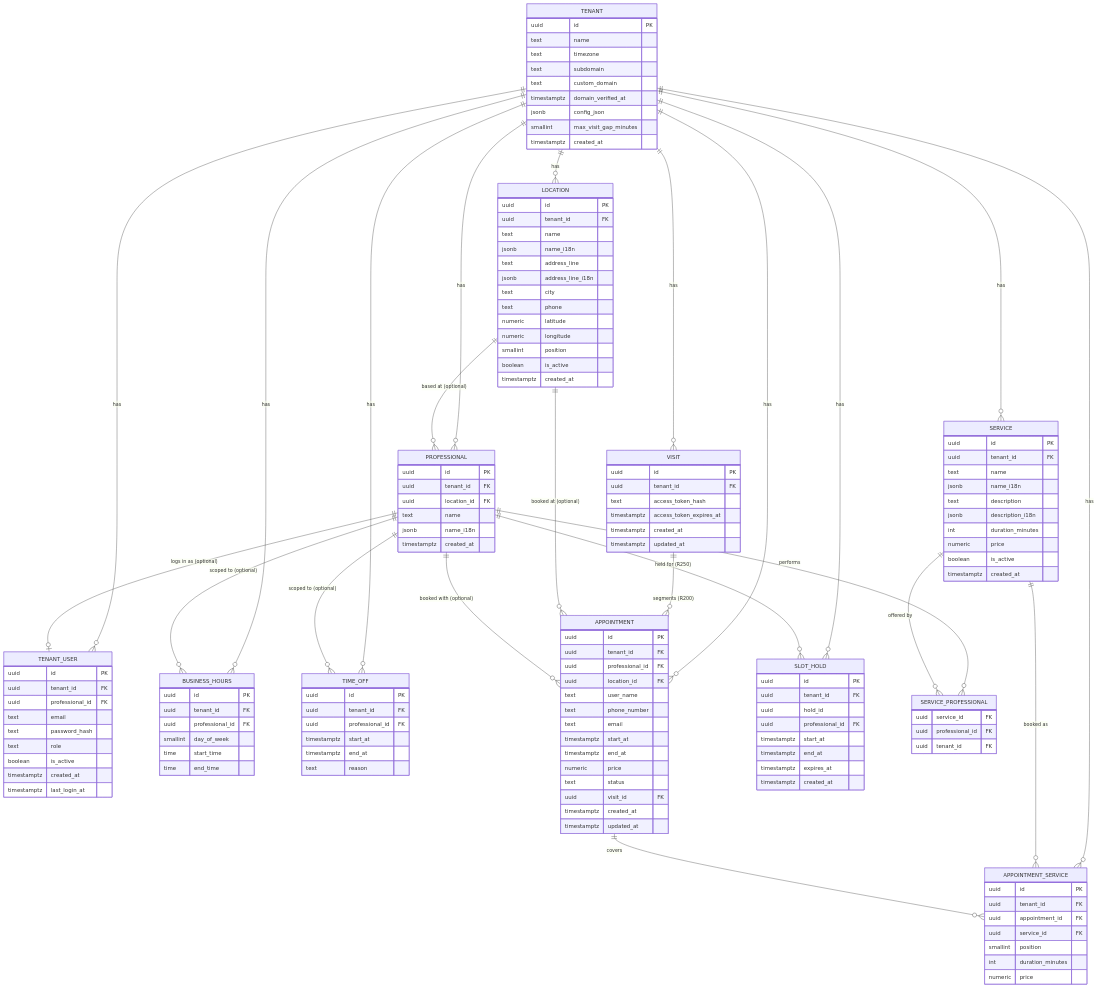
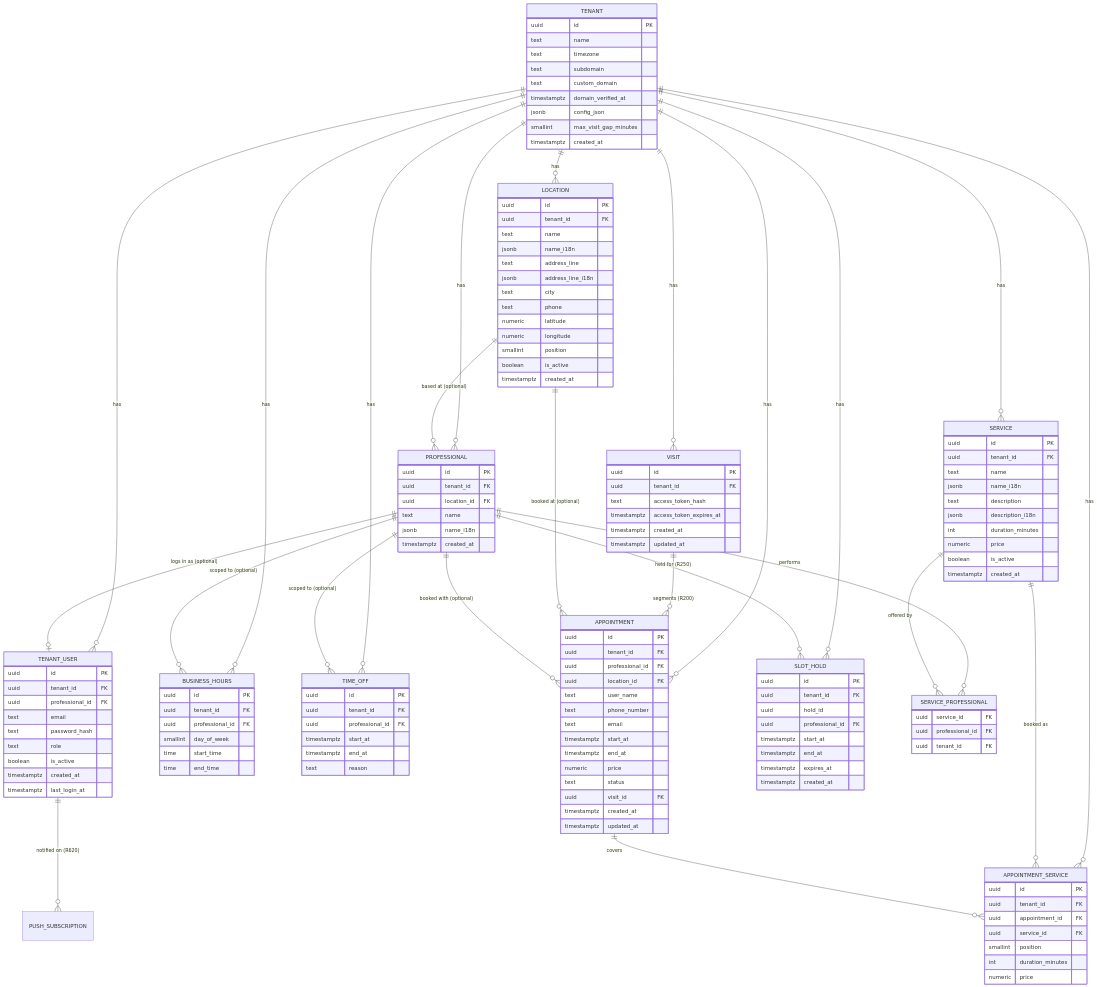
The diagram in Unified Requirements and Data Model.md (Busa312/multi-tenant-booking-app), drawn with Mermaid before and after one commit. The commit also changed other lines of this file and 63 other files, not shown here.

```diff
--- a/Unified Requirements and Data Model.md
+++ b/Unified Requirements and Data Model.md
@@ -499,6 +516,7 @@
     TENANT ||--o{ VISIT : has
     VISIT ||--o{ APPOINTMENT : "segments (R200)"
     TENANT ||--o{ SLOT_HOLD : has
+    TENANT_USER ||--o{ PUSH_SUBSCRIPTION : "notified on (R620)"
 
     LOCATION ||--o{ PROFESSIONAL : "based at (optional)"
     LOCATION ||--o{ APPOINTMENT : "booked at (optional)"
```
